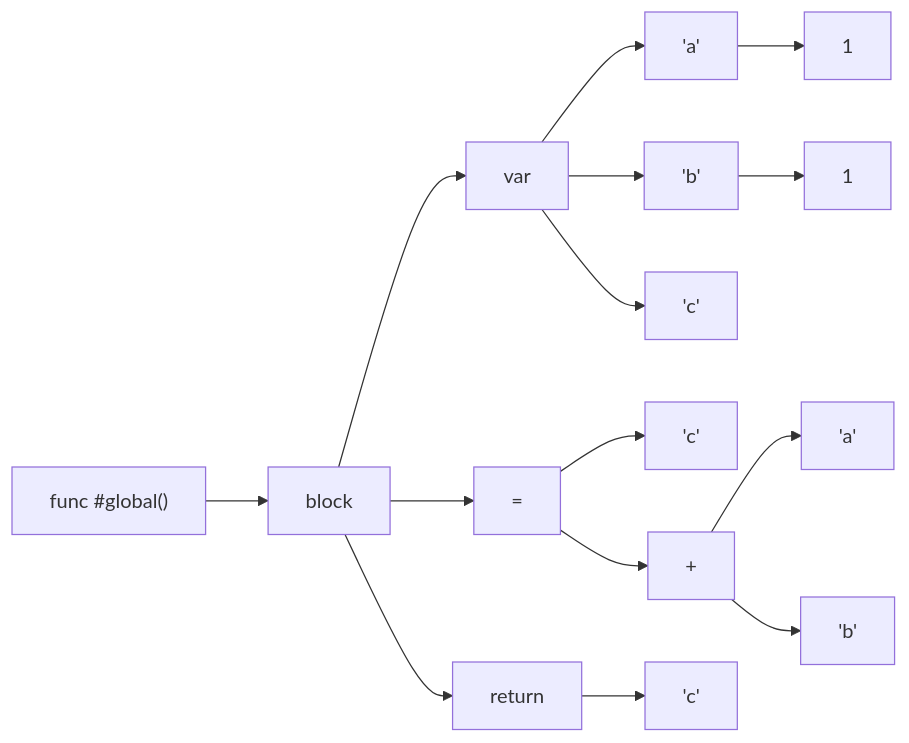
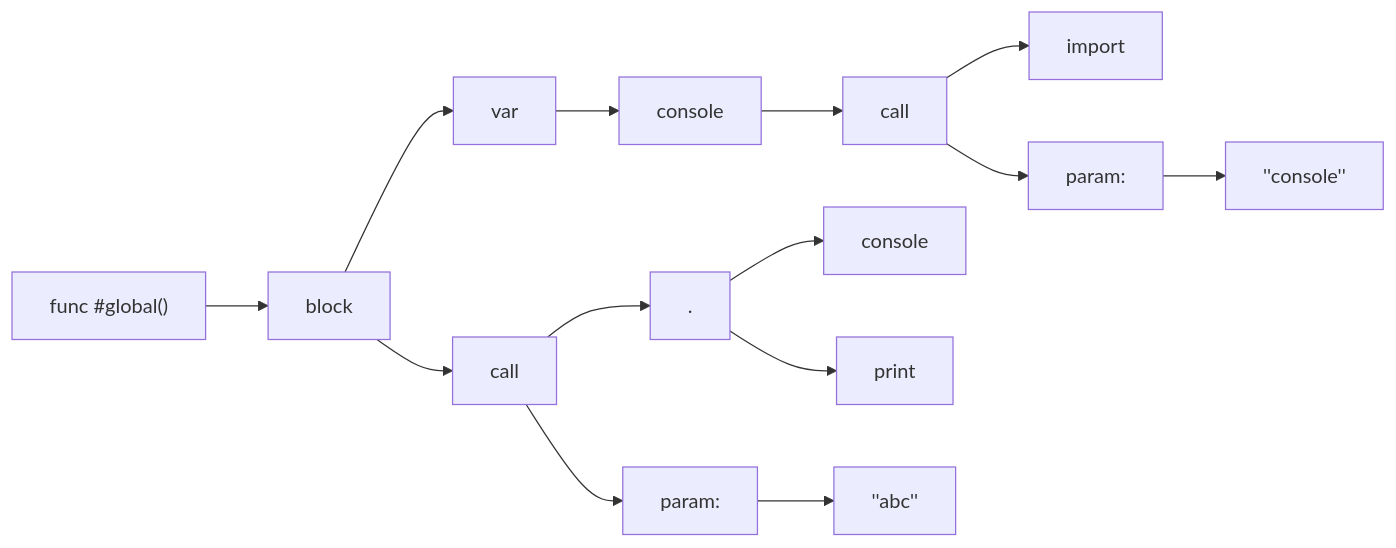
The diagram in graph.md (rick-200/Rapid), drawn with Mermaid before and after one commit. The commit also changed 9 other files, not shown here.

````diff
--- a/graph.md
+++ b/graph.md
@@ -1,32 +1,30 @@
 ```mermaid
 graph LR
 1["func #global()"]
 2["block"]
 3["var"]
-4["'a'"]
+4["console"]
 3-->4
-5["1"]
+5["call"]
+6["import"]
+5-->6
+7["param:"]
+5-->7
+8["''console''"]
+7-->8
 4-->5
-6["'b'"]
-3-->6
-7["1"]
-6-->7
-8["'c'"]
-3-->8
 2-->3
-9["="]
-A["'c'"]
-B["+"]
-C["'a'"]
-D["'b'"]
-B-->C
-B-->D
+9["call"]
+A["."]
+B["console"]
+C["print"]
+A-->B
+A-->C
 9-->A
-9-->B
+D["param:"]
+9-->D
+E["''abc''"]
+D-->E
 2-->9
-E["return"]
-F["'c'"]
-E-->F
-2-->E
 1-->2
 ```
````
